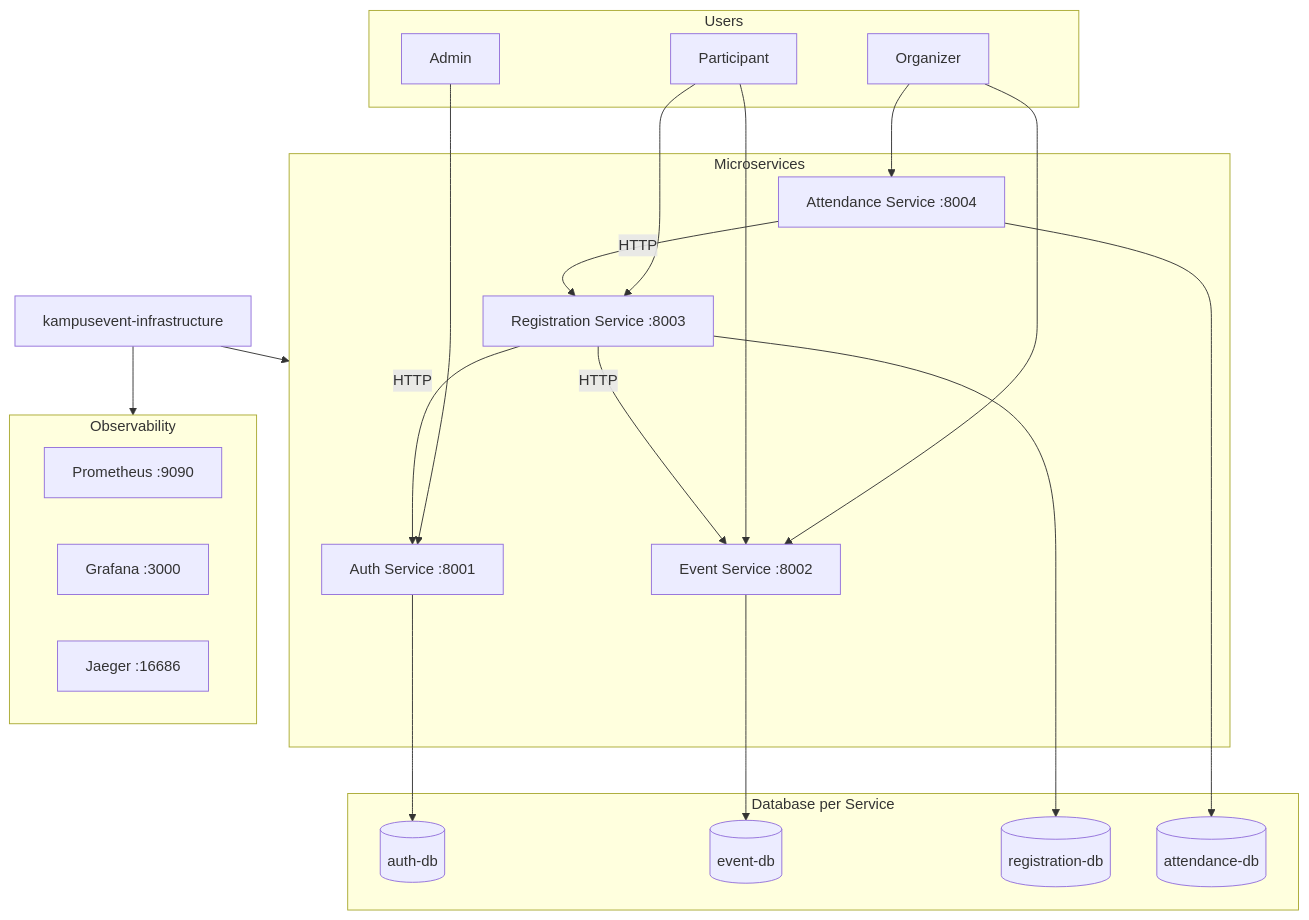
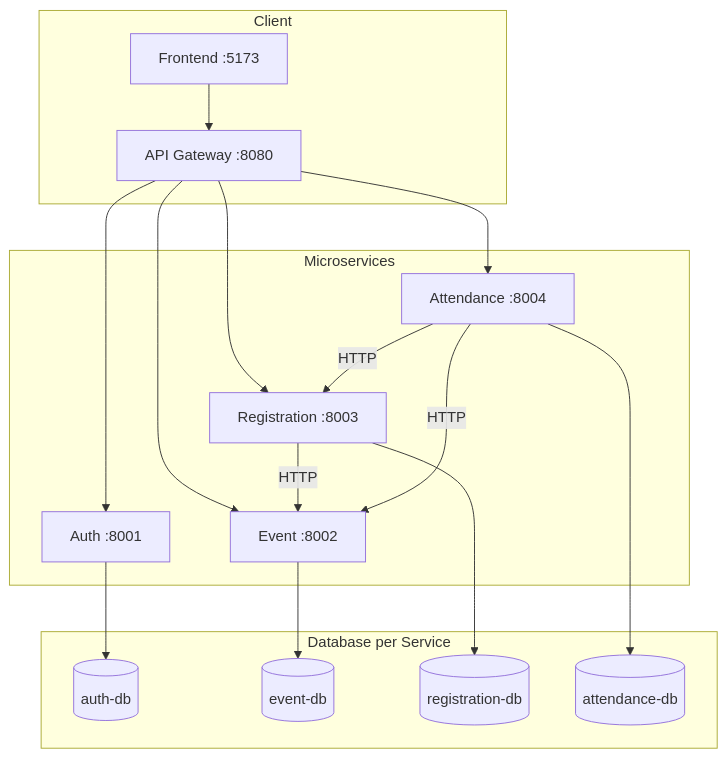
One commit to KampusEvent/.github changed the diagram in profile/README.md. Above: the diagram before and after it, drawn with Mermaid. The commit also changed other lines of this file, not shown here.

````diff
--- a/profile/README.md
+++ b/profile/README.md
@@ -7,46 +16,33 @@
 ```mermaid
 flowchart TB
-  subgraph users [Users]
-    Admin
-    Organizer
-    Participant
+  subgraph client [Client]
+    FE[Frontend :5173]
+    GW[API Gateway :8080]
   end
 
   subgraph services [Microservices]
-    Auth[Auth Service :8001]
-    Event[Event Service :8002]
-    Reg[Registration Service :8003]
-    Att[Attendance Service :8004]
+    Auth[Auth :8001]
+    Event[Event :8002]
+    Reg[Registration :8003]
+    Att[Attendance :8004]
   end
 
   subgraph data [Database per Service]
     AuthDB[(auth-db)]
     EventDB[(event-db)]
     RegDB[(registration-db)]
     AttDB[(attendance-db)]
   end
 
-  subgraph obs [Observability]
-    Prom[Prometheus :9090]
-    Graf[Grafana :3000]
-    Jaeg[Jaeger :16686]
-  end
-
-  Admin --> Auth
-  Organizer --> Event
-  Organizer --> Att
-  Participant --> Event
-  Participant --> Reg
+  FE --> GW
+  GW --> Auth & Event & Reg & Att
 
   Auth --> AuthDB
   Event --> EventDB
   Reg --> RegDB
   Att --> AttDB
 
   Reg -->|HTTP| Event
-  Reg -->|HTTP| Auth
   Att -->|HTTP| Reg
-
-  Infra[kampusevent-infrastructure] --> services
-  Infra --> obs
+  Att -->|HTTP| Event
 ```
````
